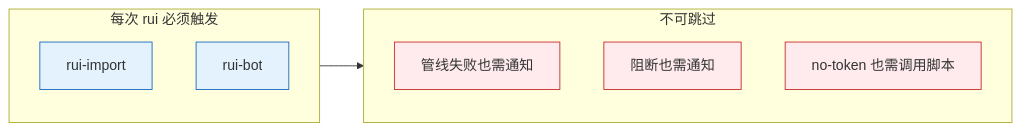
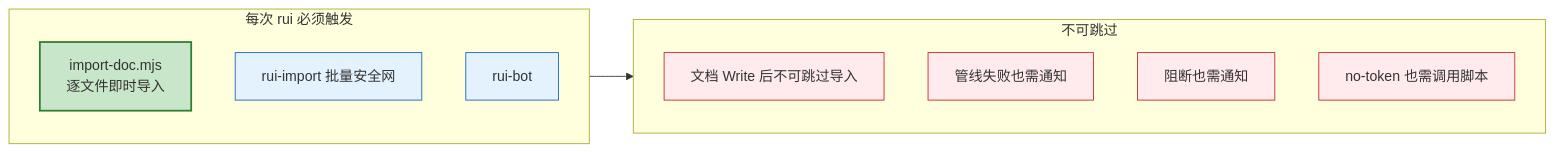
Before and after one commit to effiy/YrY: the sixth of 10 diagrams in rules/delivery-gate.md, drawn with Mermaid. The commit also changed other lines of this file and 3 other files, not shown here.

First line of the commit message:
feat: add per-document auto-import mechanism with import-doc.mjs helper

````diff
--- a/rules/delivery-gate.md
+++ b/rules/delivery-gate.md
@@ -162,16 +165,19 @@
 ```mermaid
 flowchart LR
     subgraph 必须["每次 rui 必须触发"]
-        M1["rui-import"]:::must
+        M0["import-doc.mjs<br/>逐文件即时导入"]:::primary
+        M1["rui-import 批量安全网"]:::must
         M2["rui-bot"]:::must
     end
     subgraph 禁止["不可跳过"]
+        X0["文档 Write 后不可跳过导入"]:::block
         X1["管线失败也需通知"]:::block
         X2["阻断也需通知"]:::block
         X3["no-token 也需调用脚本"]:::block
     end
     必须 --> 禁止
 
+    classDef primary fill:#c8e6c9,stroke:#2e7d32,stroke-width:2px;
     classDef must fill:#e3f2fd,stroke:#1565c0;
     classDef block fill:#ffebee,stroke:#c62828;
 ```
````
